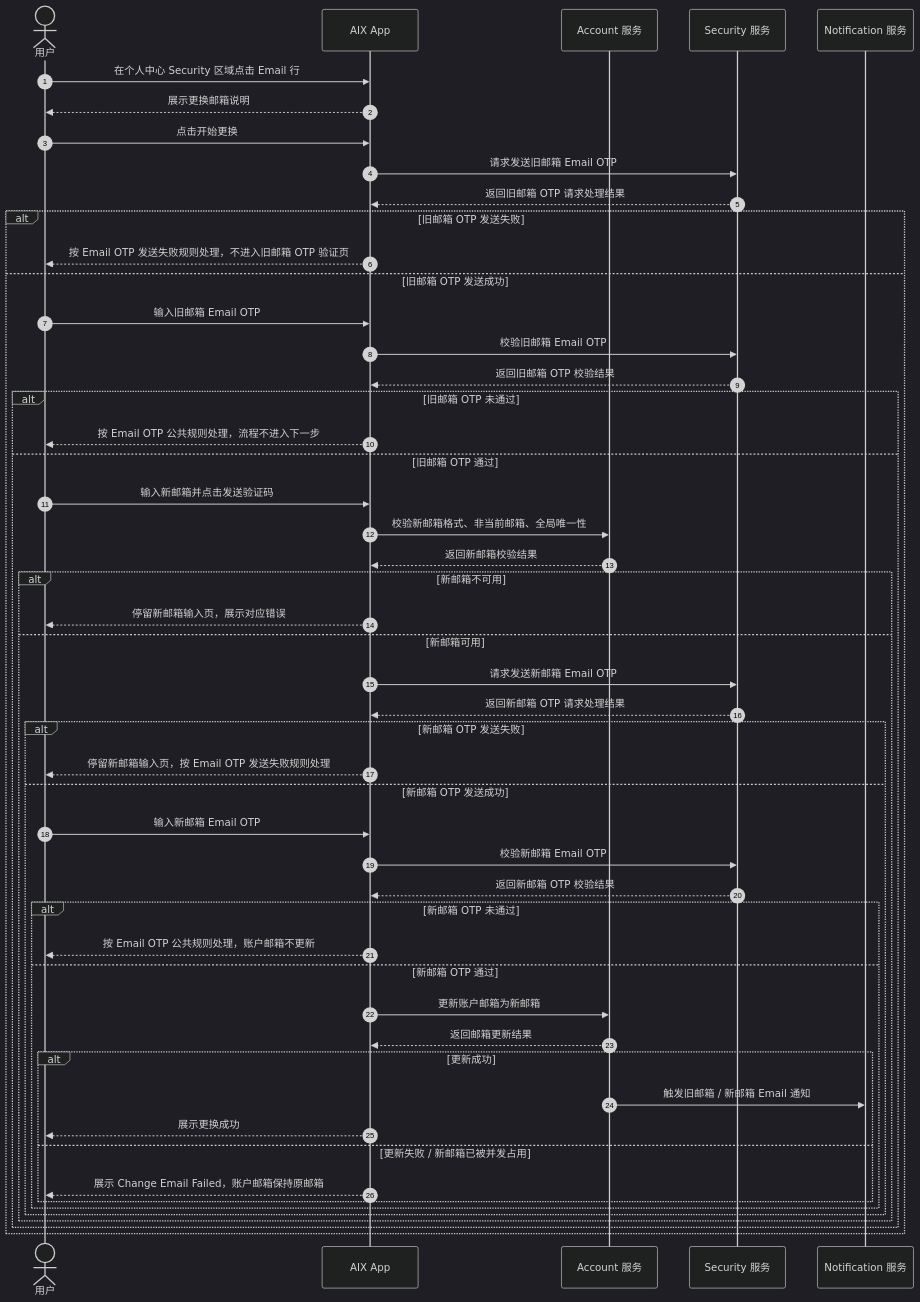
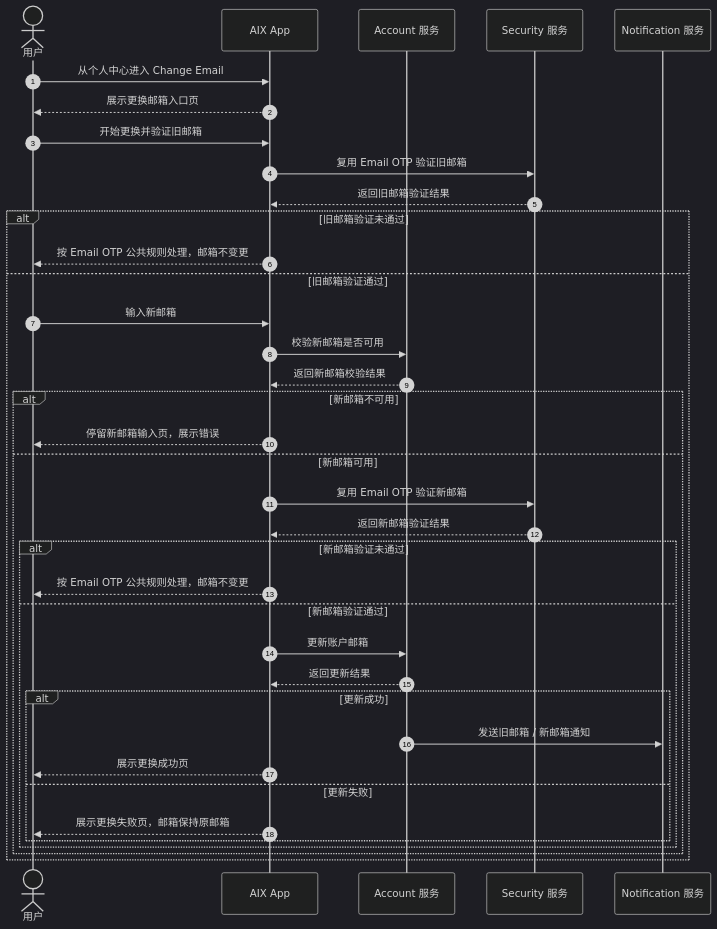
Before and after one commit to kelvin381539960-cyber/prd-for-ai: the first of 3 diagrams in requirements/2026-05/account/change-email.md, drawn with Mermaid (dark theme). The commit also changed other lines of this file, not shown here.

Commit message:
Simplify change email sequence and make failure retry return to entry page

````diff
--- a/requirements/2026-05/account/change-email.md
+++ b/requirements/2026-05/account/change-email.md
@@ -70,61 +70,45 @@
 ```mermaid
 sequenceDiagram
     autonumber
     actor User as 用户
     participant App as AIX App
     participant Account as Account 服务
     participant Security as Security 服务
     participant Notification as Notification 服务
 
-    User->>App: 在个人中心 Security 区域点击 Email 行
-    App-->>User: 展示更换邮箱说明
-    User->>App: 点击开始更换
+    User->>App: 从个人中心进入 Change Email
+    App-->>User: 展示更换邮箱入口页
 
-    App->>Security: 请求发送旧邮箱 Email OTP
-    Security-->>App: 返回旧邮箱 OTP 请求处理结果
+    User->>App: 开始更换并验证旧邮箱
+    App->>Security: 复用 Email OTP 验证旧邮箱
+    Security-->>App: 返回旧邮箱验证结果
 
-    alt 旧邮箱 OTP 发送失败
-        App-->>User: 按 Email OTP 发送失败规则处理，不进入旧邮箱 OTP 验证页
-    else 旧邮箱 OTP 发送成功
-        User->>App: 输入旧邮箱 Email OTP
-        App->>Security: 校验旧邮箱 Email OTP
-        Security-->>App: 返回旧邮箱 OTP 校验结果
+    alt 旧邮箱验证未通过
+        App-->>User: 按 Email OTP 公共规则处理，邮箱不变更
+    else 旧邮箱验证通过
+        User->>App: 输入新邮箱
+        App->>Account: 校验新邮箱是否可用
+        Account-->>App: 返回新邮箱校验结果
 
-        alt 旧邮箱 OTP 未通过
-            App-->>User: 按 Email OTP 公共规则处理，流程不进入下一步
-        else 旧邮箱 OTP 通过
-            User->>App: 输入新邮箱并点击发送验证码
-            App->>Account: 校验新邮箱格式、非当前邮箱、全局唯一性
-            Account-->>App: 返回新邮箱校验结果
+        alt 新邮箱不可用
+            App-->>User: 停留新邮箱输入页，展示错误
+        else 新邮箱可用
+            App->>Security: 复用 Email OTP 验证新邮箱
+            Security-->>App: 返回新邮箱验证结果
 
-            alt 新邮箱不可用
-                App-->>User: 停留新邮箱输入页，展示对应错误
-            else 新邮箱可用
-                App->>Security: 请求发送新邮箱 Email OTP
-                Security-->>App: 返回新邮箱 OTP 请求处理结果
+            alt 新邮箱验证未通过
+                App-->>User: 按 Email OTP 公共规则处理，邮箱不变更
+            else 新邮箱验证通过
+                App->>Account: 更新账户邮箱
+                Account-->>App: 返回更新结果
 
-                alt 新邮箱 OTP 发送失败
-                    App-->>User: 停留新邮箱输入页，按 Email OTP 发送失败规则处理
-                else 新邮箱 OTP 发送成功
-                    User->>App: 输入新邮箱 Email OTP
-                    App->>Security: 校验新邮箱 Email OTP
-                    Security-->>App: 返回新邮箱 OTP 校验结果
-
-                    alt 新邮箱 OTP 未通过
-                        App-->>User: 按 Email OTP 公共规则处理，账户邮箱不更新
-                    else 新邮箱 OTP 通过
-                        App->>Account: 更新账户邮箱为新邮箱
-                        Account-->>App: 返回邮箱更新结果
-
-                        alt 更新成功
-                            Account->>Notification: 触发旧邮箱 / 新邮箱 Email 通知
-                            App-->>User: 展示更换成功
-                        else 更新失败 / 新邮箱已被并发占用
-                            App-->>User: 展示 Change Email Failed，账户邮箱保持原邮箱
-                        end
-                    end
+                alt 更新成功
+                    Account->>Notification: 发送旧邮箱 / 新邮箱通知
+                    App-->>User: 展示更换成功页
+                else 更新失败
+                    App-->>User: 展示更换失败页，邮箱保持原邮箱
                 end
             end
         end
     end
 ```
````
